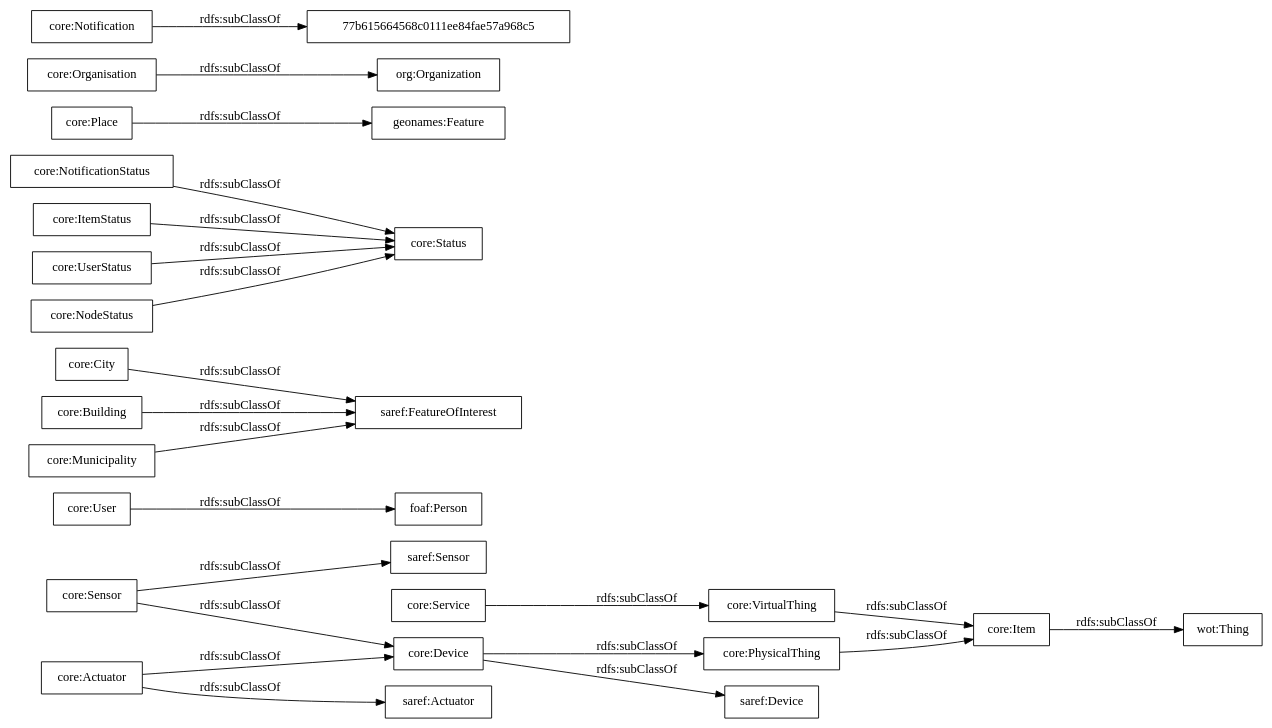
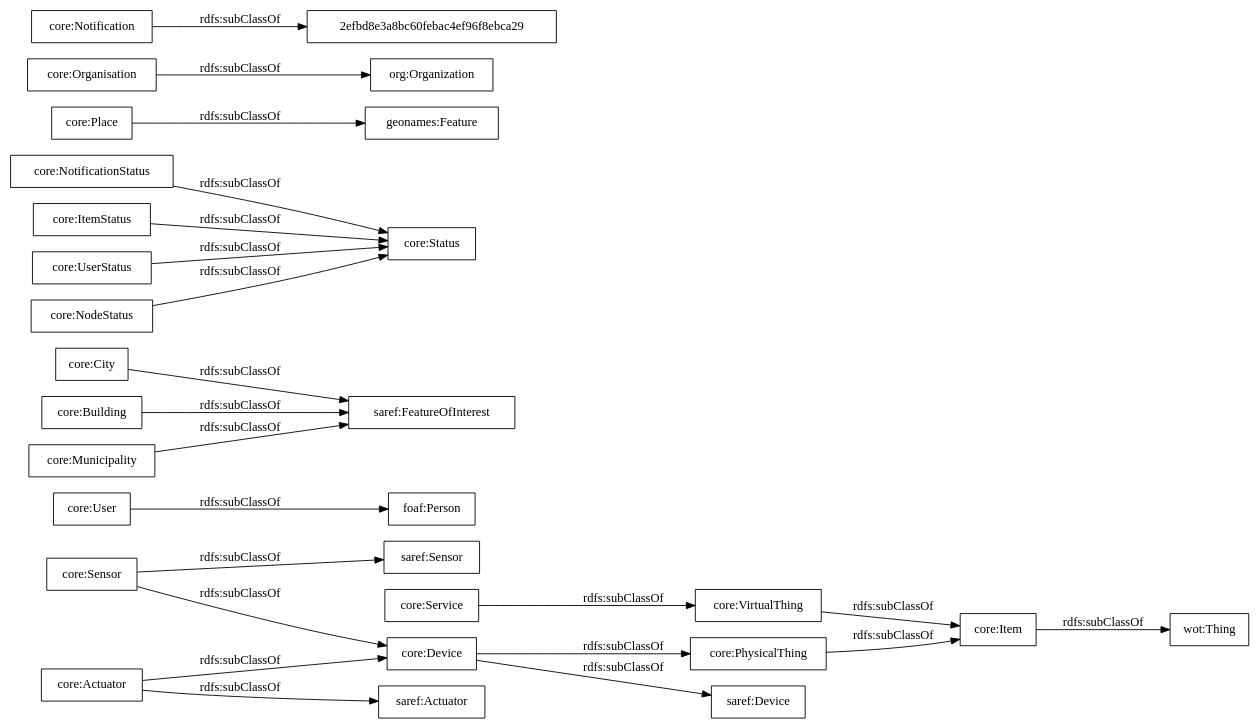
The diagram in OnToology/ontology/auroral-core.ttl/diagrams/ar2dtool-taxonomy/auroral-core.ttl.png.dot (oeg-upm/auroral-core-ontology), drawn with Graphviz before and after one commit. The commit also changed 12 other files, not shown here.

```diff
--- a/OnToology/ontology/auroral-core.ttl/diagrams/ar2dtool-taxonomy/auroral-core.ttl.png.dot
+++ b/OnToology/ontology/auroral-core.ttl/diagrams/ar2dtool-taxonomy/auroral-core.ttl.png.dot
@@ -1,27 +1,27 @@
 digraph ar2dtool_diagram { 
 rankdir=LR;
 size="1000"
-node [shape = rectangle, color="black"]; "wot:Thing" "saref:Actuator" "core:User" "saref:Device" "core:City" "core:NotificationStatus" "geonames:Feature" "core:Status" "core:Service" "core:Device" "core:Sensor" "core:Actuator" "core:Organisation" "foaf:Person" "core:Building" "org:Organization" "core:Item" "core:Place" "core:Notification" "core:ItemStatus" "core:PhysicalThing" "core:UserStatus" "core:NodeStatus" "core:Municipality" "core:VirtualThing" "saref:FeatureOfInterest" "saref:Sensor" "77b615664568c0111ee84fae57a968c5" ; /*classes style*/
+node [shape = rectangle, color="black"]; "wot:Thing" "saref:Actuator" "core:User" "saref:Device" "core:City" "core:NotificationStatus" "geonames:Feature" "core:Status" "core:Service" "core:Device" "core:Sensor" "core:Actuator" "core:Organisation" "foaf:Person" "core:Building" "2efbd8e3a8bc60febac4ef96f8ebca29" "org:Organization" "core:Item" "core:Place" "core:Notification" "core:ItemStatus" "core:PhysicalThing" "core:UserStatus" "core:NodeStatus" "core:Municipality" "core:VirtualThing" "saref:FeatureOfInterest" "saref:Sensor" ; /*classes style*/
 	"core:ItemStatus" -> "core:Status" [ label = "rdfs:subClassOf" ];
 	"core:Service" -> "core:VirtualThing" [ label = "rdfs:subClassOf" ];
 	"core:Organisation" -> "org:Organization" [ label = "rdfs:subClassOf" ];
 	"core:User" -> "foaf:Person" [ label = "rdfs:subClassOf" ];
 	"core:Building" -> "saref:FeatureOfInterest" [ label = "rdfs:subClassOf" ];
 	"core:PhysicalThing" -> "core:Item" [ label = "rdfs:subClassOf" ];
 	"core:Device" -> "saref:Device" [ label = "rdfs:subClassOf" ];
 	"core:Device" -> "core:PhysicalThing" [ label = "rdfs:subClassOf" ];
 	"core:Municipality" -> "saref:FeatureOfInterest" [ label = "rdfs:subClassOf" ];
 	"core:NodeStatus" -> "core:Status" [ label = "rdfs:subClassOf" ];
 	"core:UserStatus" -> "core:Status" [ label = "rdfs:subClassOf" ];
 	"core:Sensor" -> "saref:Sensor" [ label = "rdfs:subClassOf" ];
 	"core:Sensor" -> "core:Device" [ label = "rdfs:subClassOf" ];
 	"core:VirtualThing" -> "core:Item" [ label = "rdfs:subClassOf" ];
 	"core:Actuator" -> "saref:Actuator" [ label = "rdfs:subClassOf" ];
 	"core:Actuator" -> "core:Device" [ label = "rdfs:subClassOf" ];
 	"core:Item" -> "wot:Thing" [ label = "rdfs:subClassOf" ];
 	"core:Place" -> "geonames:Feature" [ label = "rdfs:subClassOf" ];
-	"core:Notification" -> "77b615664568c0111ee84fae57a968c5" [ label = "rdfs:subClassOf" ];
+	"core:Notification" -> "2efbd8e3a8bc60febac4ef96f8ebca29" [ label = "rdfs:subClassOf" ];
 	"core:NotificationStatus" -> "core:Status" [ label = "rdfs:subClassOf" ];
 	"core:City" -> "saref:FeatureOfInterest" [ label = "rdfs:subClassOf" ];
 
 }
```
